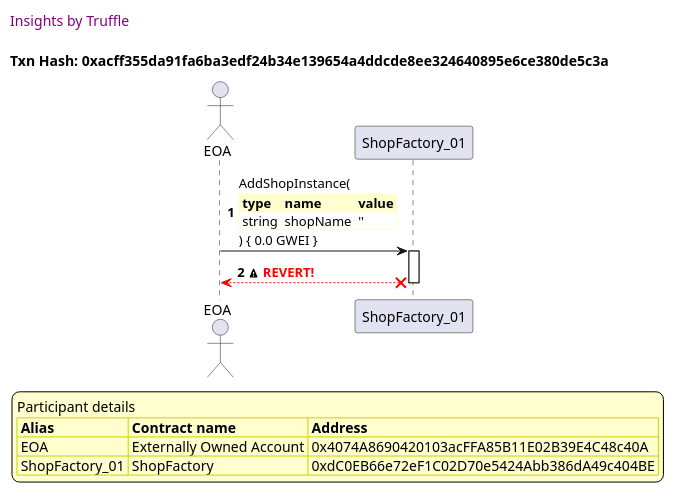
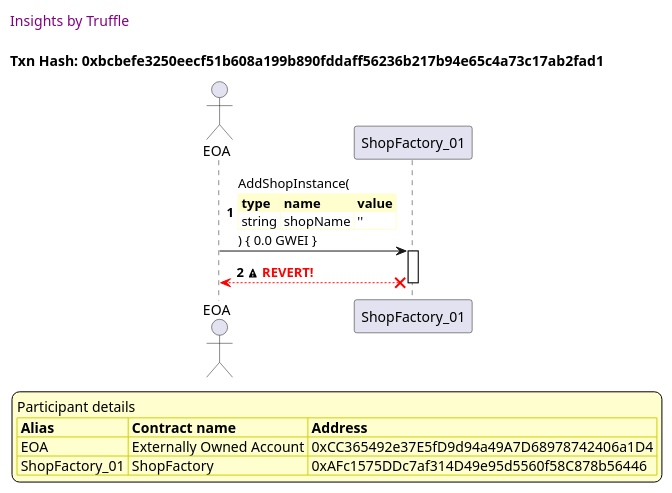
The second of 58 diagrams in truffle-seq/Shop_test_shopfactory_manage_shop.md (thedarkjester/ConsensysAssignment), drawn with PlantUML before and after one commit. The commit also changed other lines of this file and 13 other files, not shown here.

````diff
--- a/truffle-seq/Shop_test_shopfactory_manage_shop.md
+++ b/truffle-seq/Shop_test_shopfactory_manage_shop.md
@@ -56,41 +56,41 @@
 ```plantuml
 
 
 @startuml
 
 autonumber
 skinparam legendBackgroundColor #FEFECE
 
 <style>
       header {
         HorizontalAlignment left
         FontColor purple
         FontSize 14
         Padding 10
       }
     </style>
 
 header Insights by Truffle
 
-title Txn Hash: 0xacff355da91fa6ba3edf24b34e139654a4ddcde8ee324640895e6ce380de5c3a
+title Txn Hash: 0xbcbefe3250eecf51b608a199b890fddaff56236b217b94e65c4a73c17ab2fad1
 
 
 actor EOA as "EOA"
 participant ShopFactory_01 as "ShopFactory_01"
 
 "EOA" -> "ShopFactory_01" ++: AddShopInstance(\n\
 <#FEFECE,#FEFECE>|= type |= name |= value |\n\
 | string | shopName | '' |\n\
 ) { 0.0 GWEI }
 "ShopFactory_01" x-[#red]-> "EOA" --: <&warning> <color #red>**REVERT!**</color>
 deactivate "ShopFactory_01"
 
 legend
 Participant details
 <#FEFECE,#D0D000>|= Alias |= Contract name |= Address |
-<#FEFECE>| EOA | Externally Owned Account | 0x4074A8690420103acFFA85B11E02B39E4C48c40A |
-<#FEFECE>| ShopFactory_01 | ShopFactory | 0xdC0EB66e72eF1C02D70e5424Abb386dA49c404BE |
+<#FEFECE>| EOA | Externally Owned Account | 0xCC365492e37E5fD9d94a49A7D68978742406a1D4 |
+<#FEFECE>| ShopFactory_01 | ShopFactory | 0xAFc1575DDc7af314D49e95d5560f58C878b56446 |
 endlegend
 
 @enduml
 ```
````
